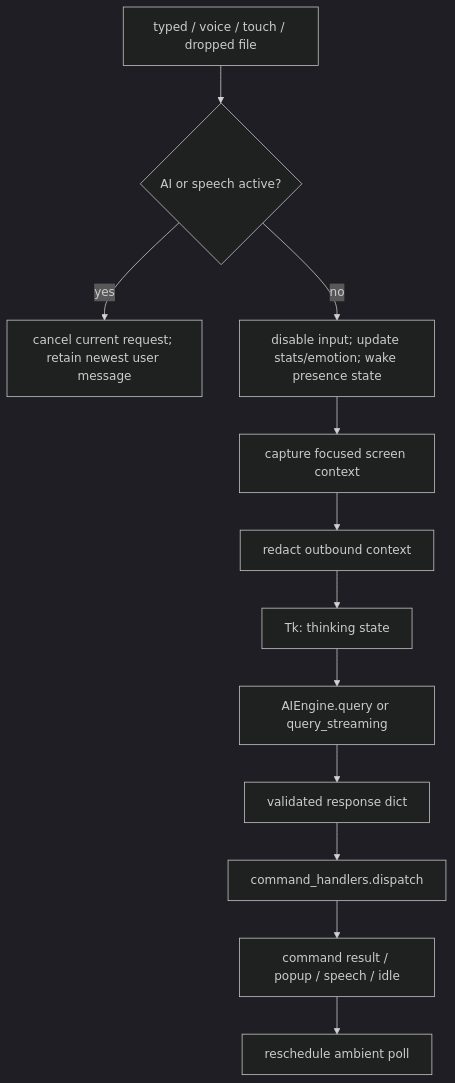
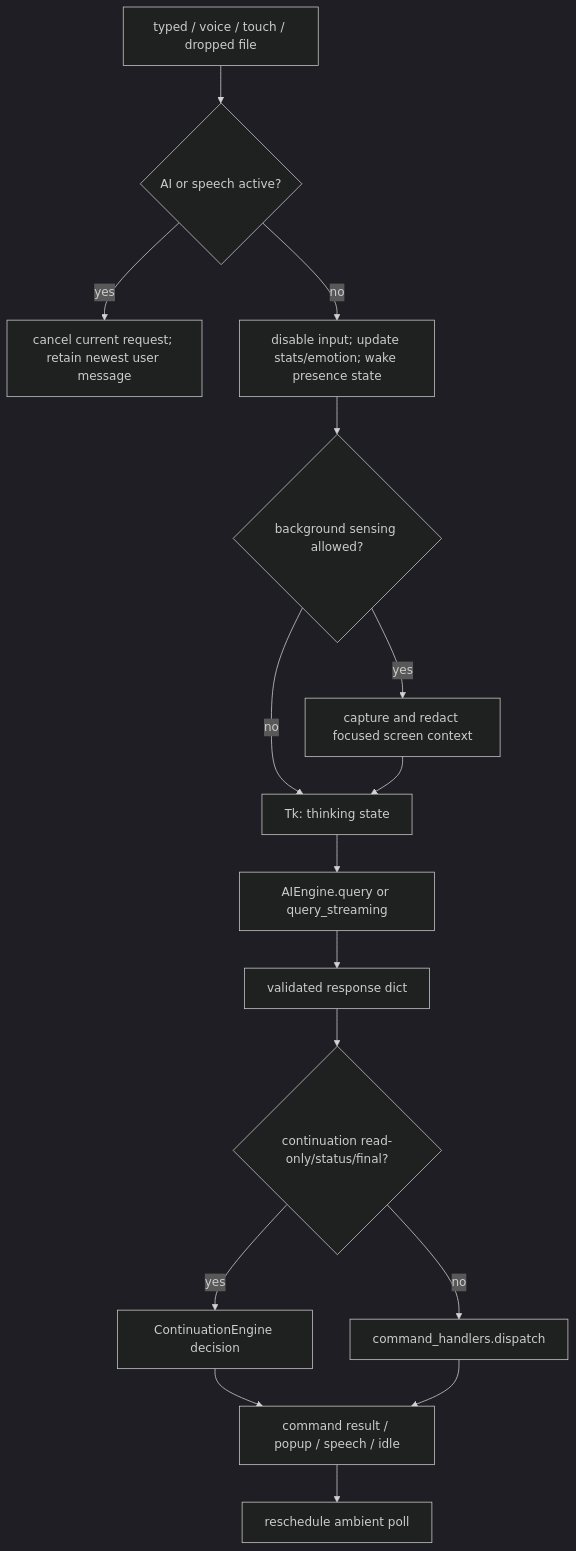
Before and after one commit to SiriusNovyx/Agetha.exe: the third of 6 diagrams in docs/runtime_flows.md, drawn with Mermaid (dark theme). The commit also changed other lines of this file and 81 other files, not shown here.

````diff
--- a/docs/runtime_flows.md
+++ b/docs/runtime_flows.md
@@ -83,14 +140,18 @@
 ```mermaid
 flowchart TD
     Input["typed / voice / touch / dropped file"] --> Busy{"AI or speech active?"}
     Busy -- yes --> Pending["cancel current request; retain newest user message"]
     Busy -- no --> Wake["disable input; update stats/emotion; wake presence state"]
-    Wake --> Capture["capture focused screen context"]
-    Capture --> Redact["redact outbound context"]
+    Wake --> Capture{"background sensing allowed?"}
+    Capture -- yes --> Redact["capture and redact focused screen context"]
+    Capture -- no --> Thinking["Tk: thinking state"]
     Redact --> Thinking["Tk: thinking state"]
     Thinking --> Query["AIEngine.query or query_streaming"]
     Query --> Parsed["validated response dict"]
-    Parsed --> Dispatch["command_handlers.dispatch"]
+    Parsed --> Route{"continuation read-only/status/final?"}
+    Route -- yes --> Continue["ContinuationEngine decision"]
+    Route -- no --> Dispatch["command_handlers.dispatch"]
+    Continue --> Speech
     Dispatch --> Speech["command result / popup / speech / idle"]
     Speech --> Poll["reschedule ambient poll"]
 ```
````
